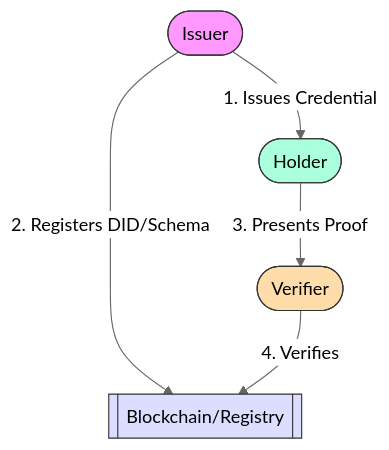
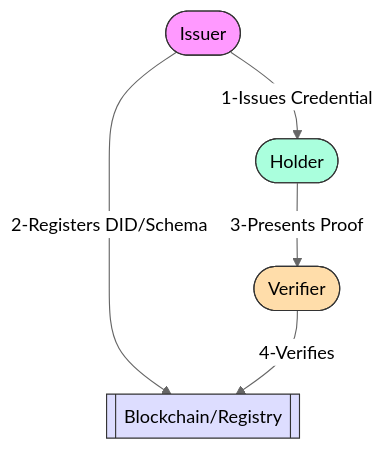
The diagram in Diagrams/ssi-trust-triangle.mermaid (ndigirigijohn/SSI-Technical-Workshop-DevFest-Mt.-Kenya-), drawn with Mermaid (neutral theme) before and after one commit. The commit also changed 3 other files, not shown here.

```diff
--- a/Diagrams/ssi-trust-triangle.mermaid
+++ b/Diagrams/ssi-trust-triangle.mermaid
@@ -1,15 +1,15 @@
 graph TD
     Issuer([Issuer])
     Holder([Holder])
     Verifier([Verifier])
     Ledger[[Blockchain/Registry]]
     
-    Issuer -->|1. Issues Credential| Holder
-    Holder -->|3. Presents Proof| Verifier
-    Issuer -->|2. Registers DID/Schema| Ledger
-    Verifier -->|4. Verifies| Ledger
+    Issuer -->|1-Issues Credential| Holder
+    Holder -->|3-Presents Proof| Verifier
+    Issuer -->|2-Registers DID/Schema| Ledger
+    Verifier -->|4-Verifies| Ledger
     
     style Issuer fill:#f9f,stroke:#333
     style Holder fill:#afd,stroke:#333
     style Verifier fill:#fda,stroke:#333
     style Ledger fill:#ddf,stroke:#333
```
